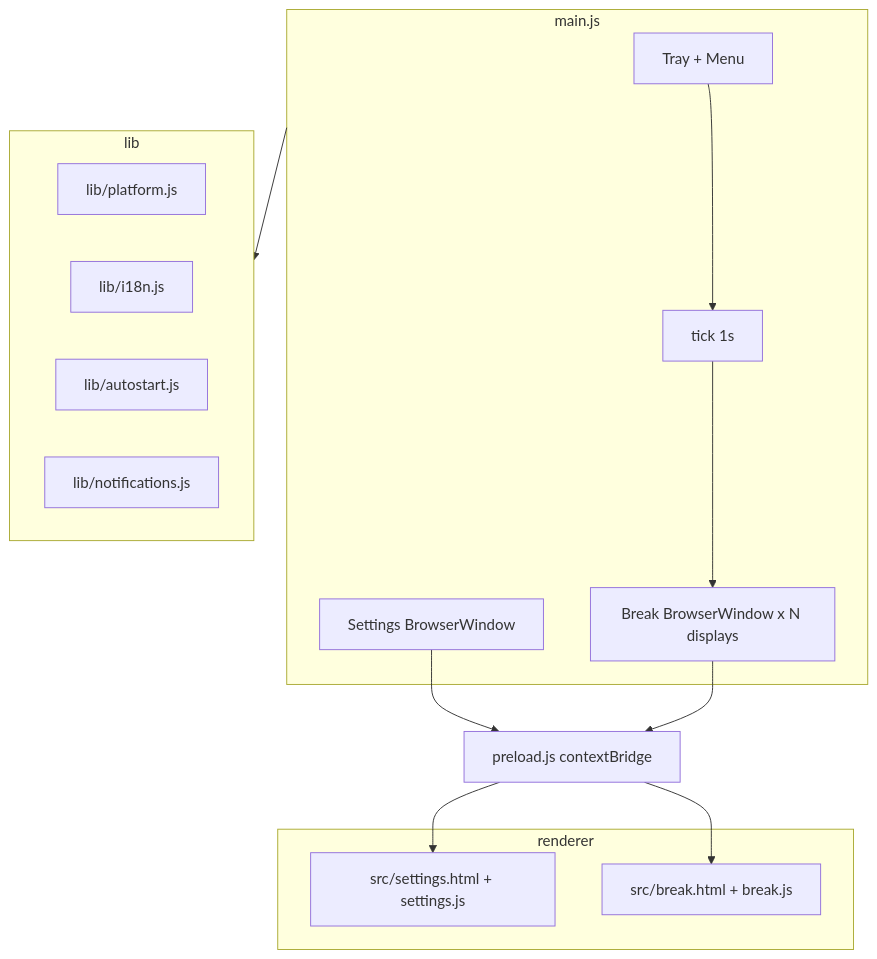
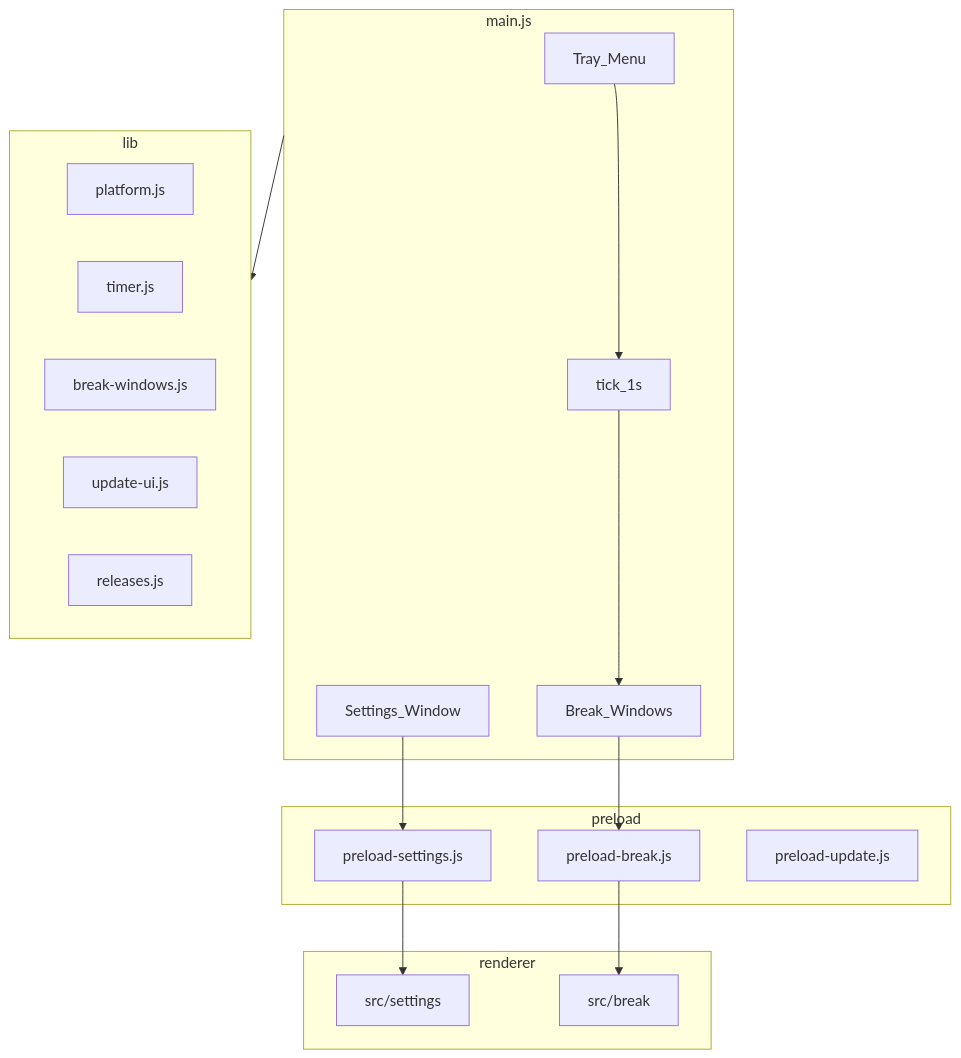
The diagram in docs/PROJECT_CONTEXT.md (anatoly-kulishov/CatBreak), drawn with Mermaid before and after one commit. The commit also changed other lines of this file and 15 other files, not shown here.

````diff
--- a/docs/PROJECT_CONTEXT.md
+++ b/docs/PROJECT_CONTEXT.md
@@ -37,31 +37,36 @@
 ```mermaid
 flowchart TB
-  subgraph main [main.js]
-    Tray[Tray + Menu]
-    Tick[tick 1s]
-    SettingsWin[Settings BrowserWindow]
-    BreakWins[Break BrowserWindow x N displays]
+  subgraph mainProc [main.js]
+    Tray[Tray_Menu]
+    Tick[tick_1s]
+    SettingsWin[Settings_Window]
+    BreakWins[Break_Windows]
   end
 
-  subgraph lib
-    Platform[lib/platform.js]
-    I18n[lib/i18n.js]
-    Auto[lib/autostart.js]
-    Notify[lib/notifications.js]
+  subgraph libLayer [lib]
+    Platform[platform.js]
+    Timer[timer.js]
+    BreakOv[break-windows.js]
+    UpdateUi[update-ui.js]
+    Releases[releases.js]
+  end
+
+  subgraph preloadLayer [preload]
+    PreSettings[preload-settings.js]
+    PreBreak[preload-break.js]
+    PreUpdate[preload-update.js]
   end
 
   subgraph renderer
-    SettingsUI[src/settings.html + settings.js]
-    BreakUI[src/break.html + break.js]
+    SettingsUI[src/settings]
+    BreakUI[src/break]
   end
-
-  Preload[preload.js contextBridge]
 
   Tray --> Tick
   Tick --> BreakWins
-  SettingsWin --> Preload
-  BreakWins --> Preload
-  Preload --> SettingsUI
-  Preload --> BreakUI
-  main --> lib
+  SettingsWin --> PreSettings
+  BreakWins --> PreBreak
+  PreSettings --> SettingsUI
+  PreBreak --> BreakUI
+  mainProc --> libLayer
 ```
````
